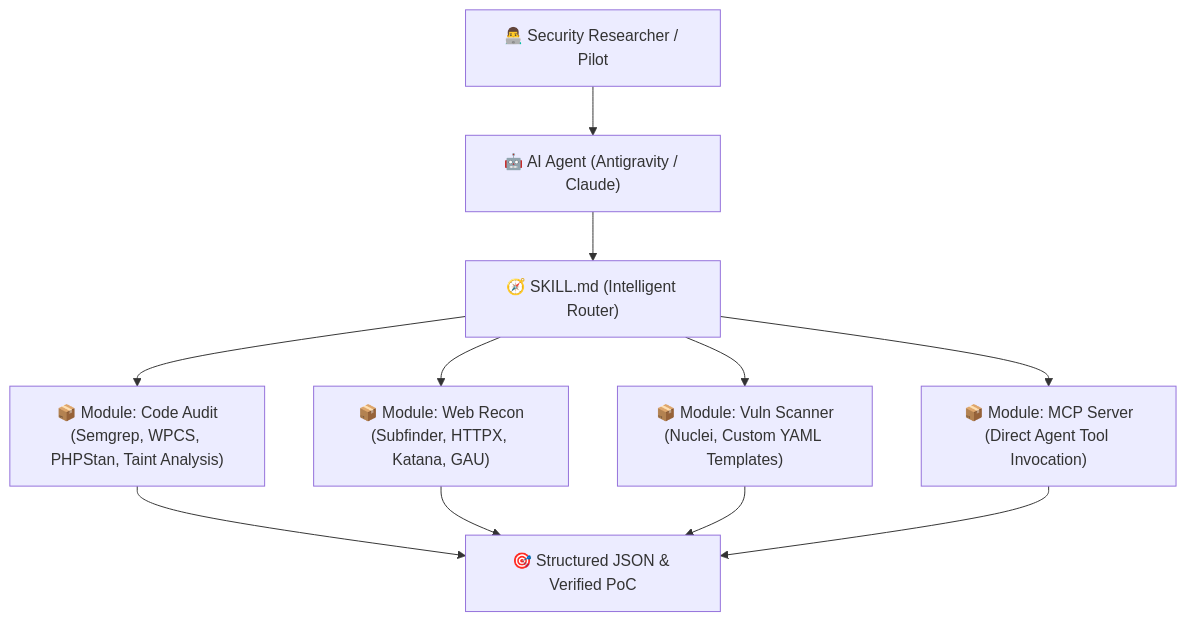
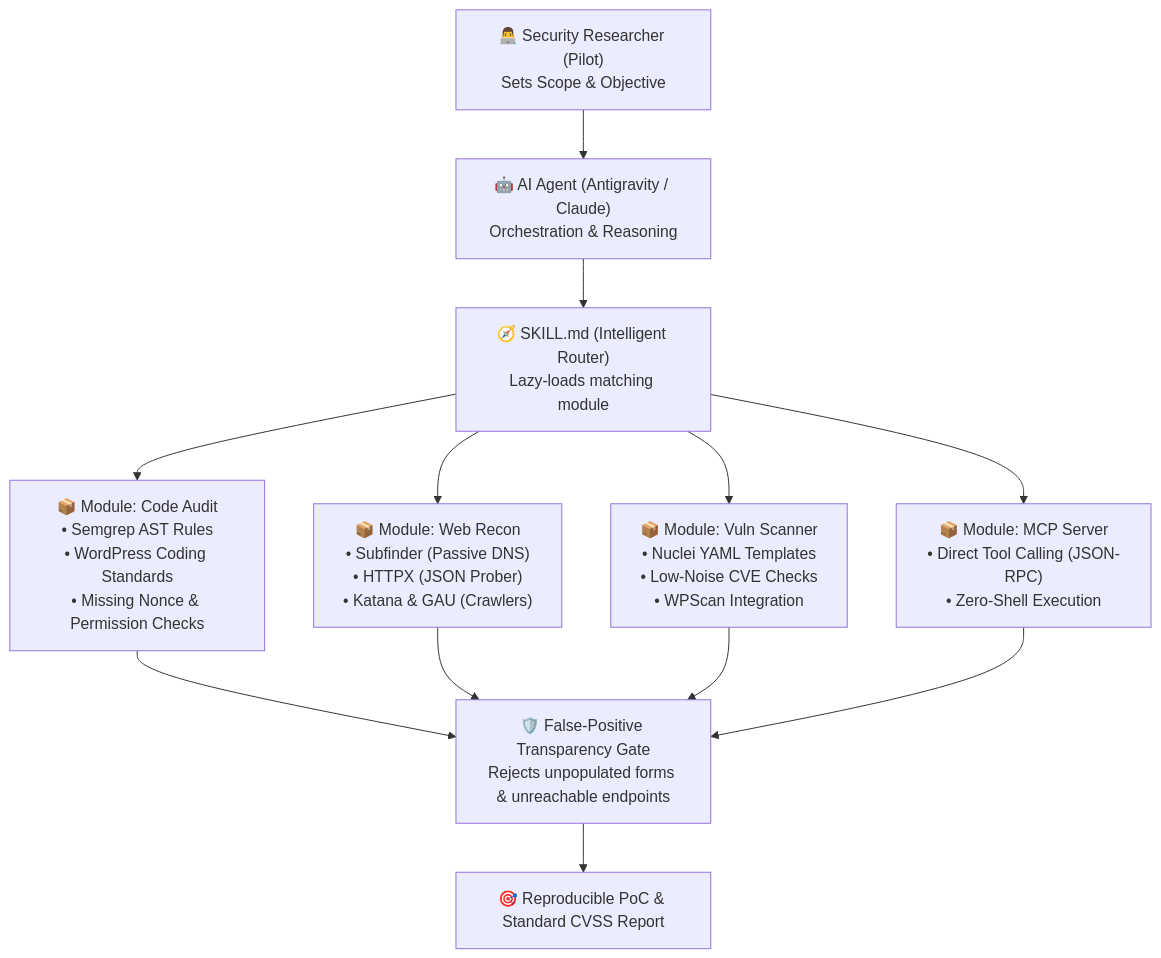
Before and after one commit to dalroot/agentic-security-arsenal: the diagram in README.md, drawn with Mermaid. The commit also changed other lines of this file, not shown here.

Commit message:
docs: enrich README with architecture, upstream powerhouses table, and agent policy

````diff
--- a/README.md
+++ b/README.md
@@ -22,15 +37,18 @@
 ```mermaid
 flowchart TD
-    User["👨‍💻 Security Researcher / Pilot"] --> Agent["🤖 AI Agent (Antigravity / Claude)"]
-    Agent --> Skill["🧭 SKILL.md (Intelligent Router)"]
+    User["👨‍💻 Security Researcher (Pilot)<br>Sets Scope & Objective"] --> Agent["🤖 AI Agent (Antigravity / Claude)<br>Orchestration & Reasoning"]
     
-    Skill --> M1["📦 Module: Code Audit<br>(Semgrep, WPCS, PHPStan, Taint Analysis)"]
-    Skill --> M2["📦 Module: Web Recon<br>(Subfinder, HTTPX, Katana, GAU)"]
-    Skill --> M3["📦 Module: Vuln Scanner<br>(Nuclei, Custom YAML Templates)"]
-    Skill --> M4["📦 Module: MCP Server<br>(Direct Agent Tool Invocation)"]
+    Agent --> Router["🧭 SKILL.md (Intelligent Router)<br>Lazy-loads matching module"]
     
-    M1 --> Output["🎯 Structured JSON & Verified PoC"]
-    M2 --> Output
-    M3 --> Output
-    M4 --> Output
+    Router --> M1["📦 Module: Code Audit<br>• Semgrep AST Rules<br>• WordPress Coding Standards<br>• Missing Nonce & Permission Checks"]
+    Router --> M2["📦 Module: Web Recon<br>• Subfinder (Passive DNS)<br>• HTTPX (JSON Prober)<br>• Katana & GAU (Crawlers)"]
+    Router --> M3["📦 Module: Vuln Scanner<br>• Nuclei YAML Templates<br>• Low-Noise CVE Checks<br>• WPScan Integration"]
+    Router --> M4["📦 Module: MCP Server<br>• Direct Tool Calling (JSON-RPC)<br>• Zero-Shell Execution"]
+    
+    M1 --> Filter["🛡️ False-Positive Transparency Gate<br>Rejects unpopulated forms & unreachable endpoints"]
+    M2 --> Filter
+    M3 --> Filter
+    M4 --> Filter
+    
+    Filter --> Final["🎯 Reproducible PoC & Standard CVSS Report"]
 ```
````
